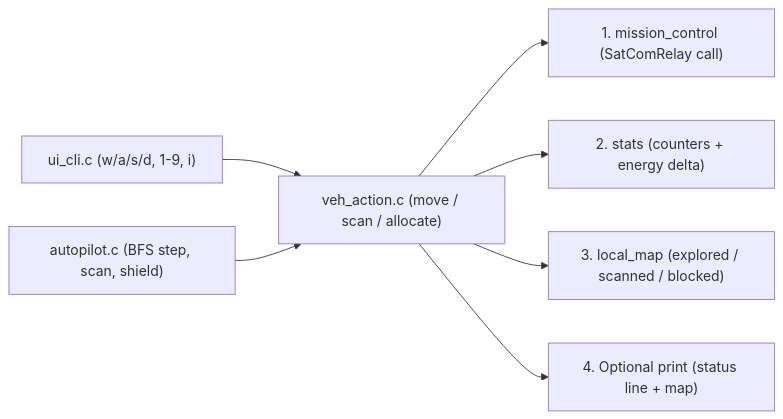
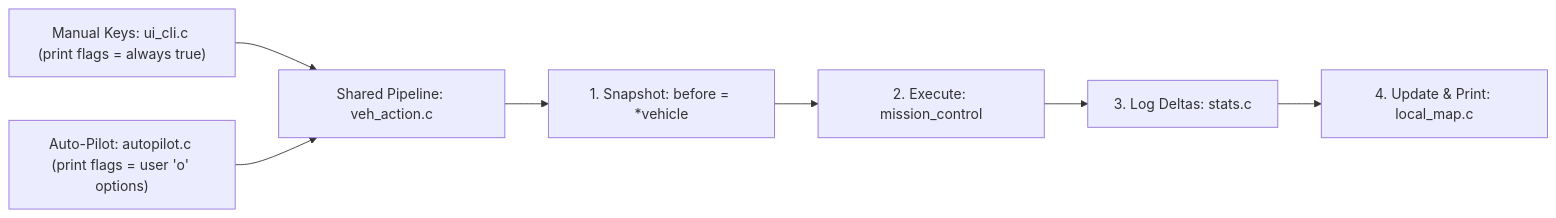
The first of 2 diagrams in VehExplorer/docs/v2_student_4_veh_action_guide.md (littnate/RSE1201_Group_Project), drawn with Mermaid before and after one commit. The commit also changed other lines of this file and 8 other files, not shown here.

````diff
--- a/VehExplorer/docs/v2_student_4_veh_action_guide.md
+++ b/VehExplorer/docs/v2_student_4_veh_action_guide.md
@@ -14,9 +16,10 @@
 ```mermaid
 flowchart LR
-    Manual["ui_cli.c (w/a/s/d, 1-9, i)"] --> VA["veh_action.c (move / scan / allocate)"]
-    Auto["autopilot.c (BFS step, scan, shield)"] --> VA
-    VA --> MC["1. mission_control (SatComRelay call)"]
-    VA --> ST["2. stats (counters + energy delta)"]
-    VA --> LM["3. local_map (explored / scanned / blocked)"]
-    VA --> UI["4. Optional print (status line + map)"]
+    Manual["Manual Keys: ui_cli.c (print flags = always true)"] --> VA["Shared Pipeline: veh_action.c"]
+    Auto["Auto-Pilot: autopilot.c (print flags = user 'o' options)"] --> VA
+
+    VA --> Step1["1. Snapshot: before = *vehicle"]
+    Step1 --> Step2["2. Execute: mission_control"]
+    Step2 --> Step3["3. Log Deltas: stats.c"]
+    Step3 --> Step4["4. Update & Print: local_map.c"]
 ```
````
